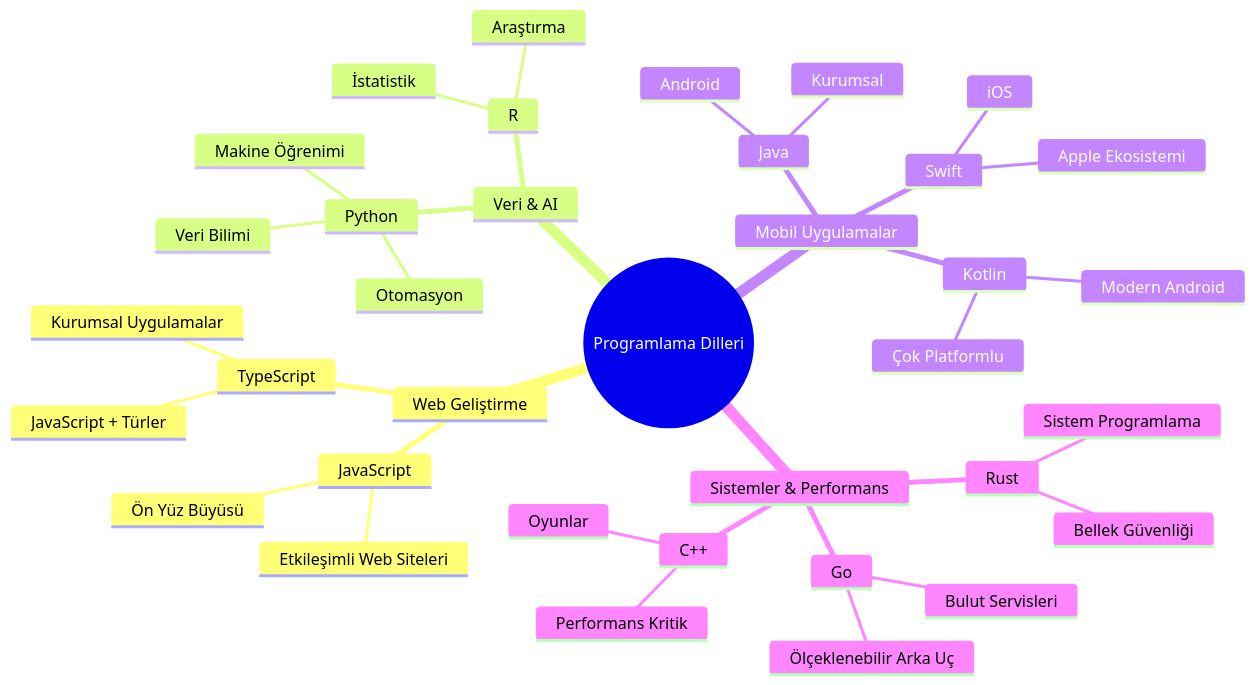
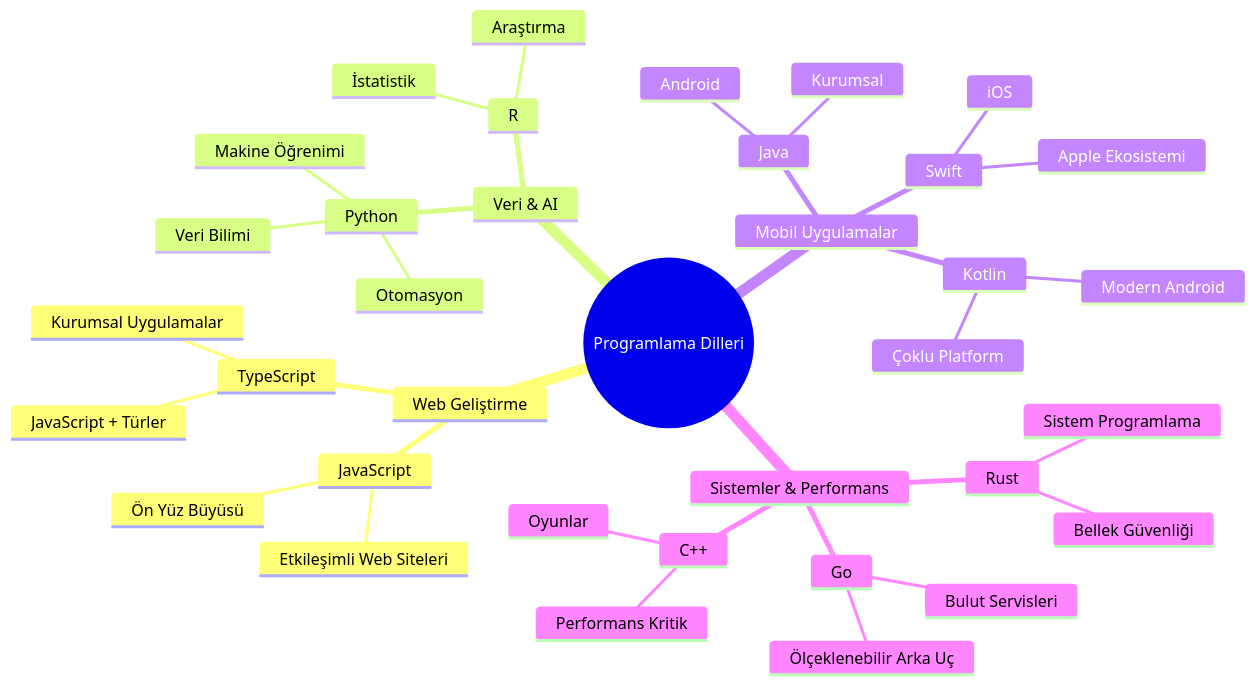
The second of 7 diagrams in translations/tr/1-getting-started-lessons/1-intro-to-programming-languages/README.md (microsoft/Web-Dev-For-Beginners), drawn with Mermaid before and after one commit. The commit also changed other lines of this file and 8 other files, not shown here.

````diff
--- a/translations/tr/1-getting-started-lessons/1-intro-to-programming-languages/README.md
+++ b/translations/tr/1-getting-started-lessons/1-intro-to-programming-languages/README.md
@@ -85,39 +85,39 @@
 ```mermaid
 mindmap
   root((Programlama Dilleri))
     Web Geliştirme
       JavaScript
         Ön Yüz Büyüsü
         Etkileşimli Web Siteleri
       TypeScript
         JavaScript + Türler
         Kurumsal Uygulamalar
     Veri & AI
       Python
         Veri Bilimi
         Makine Öğrenimi
         Otomasyon
       R
         İstatistik
         Araştırma
     Mobil Uygulamalar
       Java
         Android
         Kurumsal
       Swift
         iOS
         Apple Ekosistemi
       Kotlin
         Modern Android
-        Çok Platformlu
+        Çoklu Platform
     Sistemler & Performans
       C++
         Oyunlar
         Performans Kritik
       Rust
         Bellek Güvenliği
         Sistem Programlama
       Go
         Bulut Servisleri
         Ölçeklenebilir Arka Uç
 ```
````
